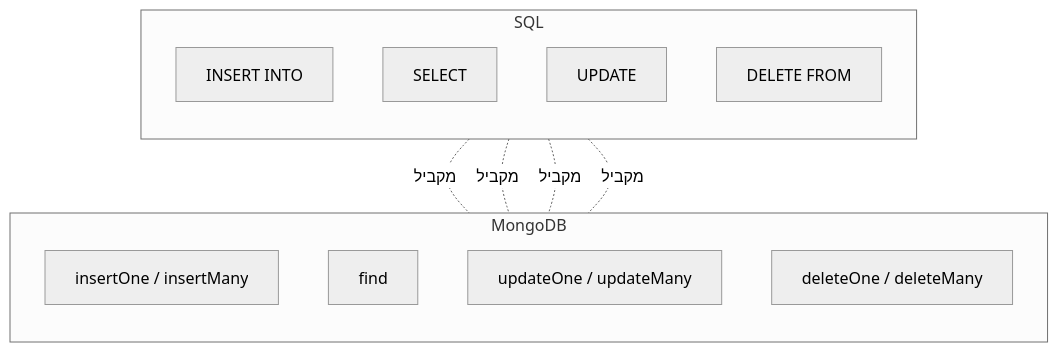
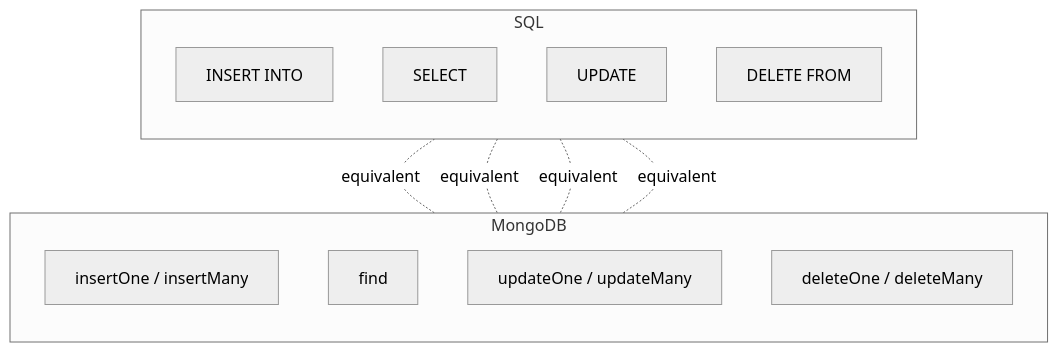
One commit to neriyaMalachi/FullStack_kodkode_5 changed the diagram in content/docs/databases/49-mongodb-basics-content.md. Above: the diagram before and after it, drawn with Mermaid (neutral theme). The commit also changed other lines of this file and 117 other files, not shown here.

````diff
--- a/content/docs/databases/49-mongodb-basics-content.md
+++ b/content/docs/databases/49-mongodb-basics-content.md
@@ -41,21 +41,21 @@
 ```mermaid
 flowchart TB
     subgraph SQL_OPS["SQL"]
         direction TB
         S1["INSERT INTO"]
         S2["SELECT"]
         S3["UPDATE"]
         S4["DELETE FROM"]
     end
     subgraph MONGO_OPS["MongoDB"]
         direction TB
         M1["insertOne / insertMany"]
         M2["find"]
         M3["updateOne / updateMany"]
         M4["deleteOne / deleteMany"]
     end
-    S1 -.מקביל.- M1
-    S2 -.מקביל.- M2
-    S3 -.מקביל.- M3
-    S4 -.מקביל.- M4
+    S1 -.equivalent.- M1
+    S2 -.equivalent.- M2
+    S3 -.equivalent.- M3
+    S4 -.equivalent.- M4
 ```
````
